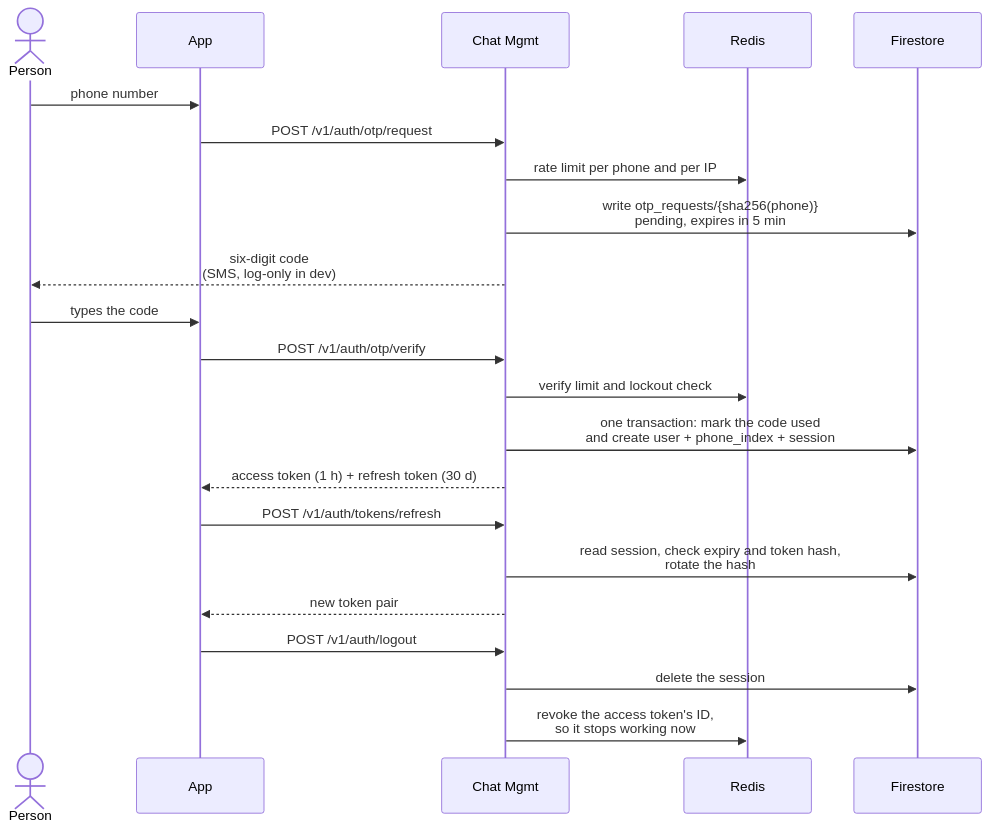
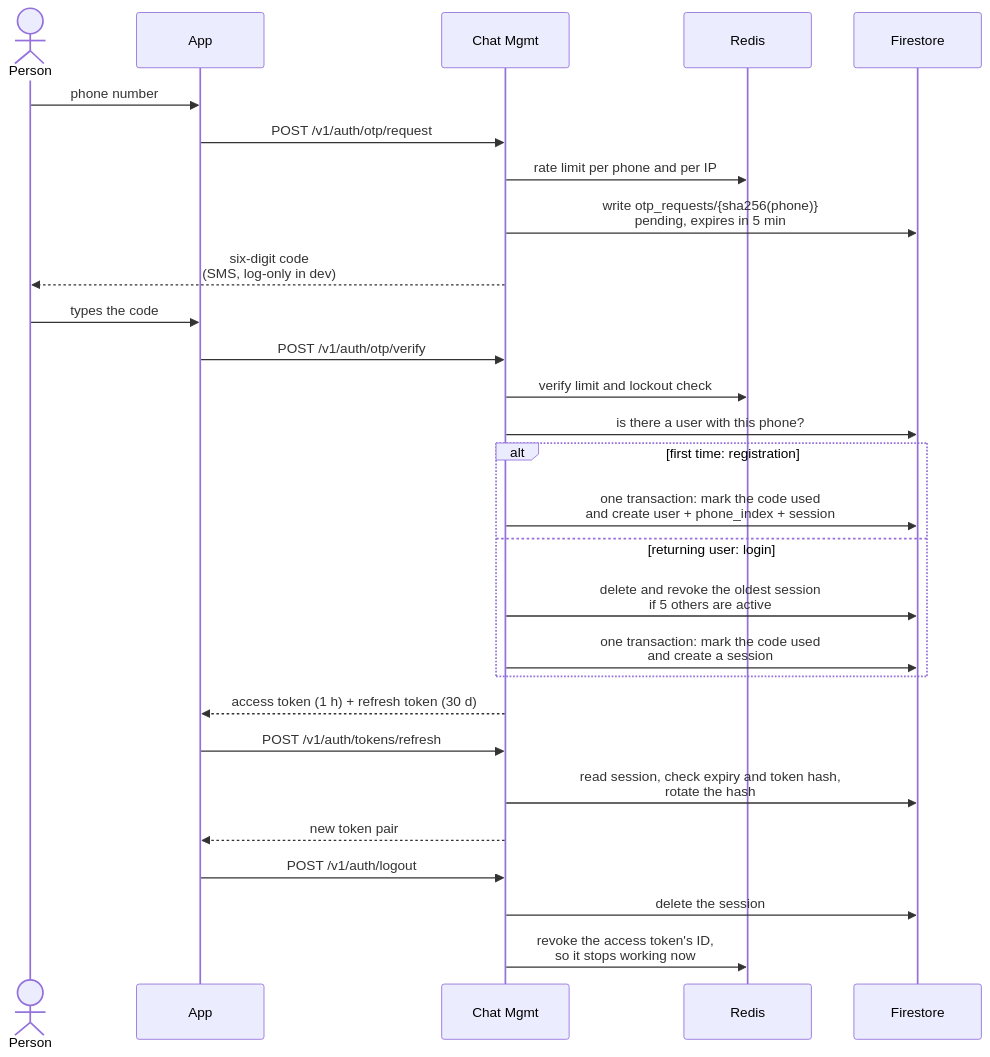
The first of 2 diagrams in docs/features/sign-in.md (ae-lexs/realtime-messaging-platform), drawn with Mermaid before and after one commit. The commit also changed other lines of this file and 1 other file, not shown here.

First line of the commit message:
docs(features): cite the code behind every rule; sign-in glossary and login branch

````diff
--- a/docs/features/sign-in.md
+++ b/docs/features/sign-in.md
@@ -11,24 +17,30 @@
 ```mermaid
 sequenceDiagram
     actor U as Person
     participant C as App
     participant M as Chat Mgmt
     participant R as Redis
     participant F as Firestore
     U->>C: phone number
     C->>M: POST /v1/auth/otp/request
     M->>R: rate limit per phone and per IP
     M->>F: write otp_requests/{sha256(phone)}<br/>pending, expires in 5 min
     M-->>U: six-digit code<br/>(SMS, log-only in dev)
     U->>C: types the code
     C->>M: POST /v1/auth/otp/verify
     M->>R: verify limit and lockout check
-    M->>F: one transaction: mark the code used<br/>and create user + phone_index + session
+    M->>F: is there a user with this phone?
+    alt first time: registration
+        M->>F: one transaction: mark the code used<br/>and create user + phone_index + session
+    else returning user: login
+        M->>F: delete and revoke the oldest session<br/>if 5 others are active
+        M->>F: one transaction: mark the code used<br/>and create a session
+    end
     M-->>C: access token (1 h) + refresh token (30 d)
     C->>M: POST /v1/auth/tokens/refresh
     M->>F: read session, check expiry and token hash,<br/>rotate the hash
     M-->>C: new token pair
     C->>M: POST /v1/auth/logout
     M->>F: delete the session
     M->>R: revoke the access token's ID,<br/>so it stops working now
 ```
````
